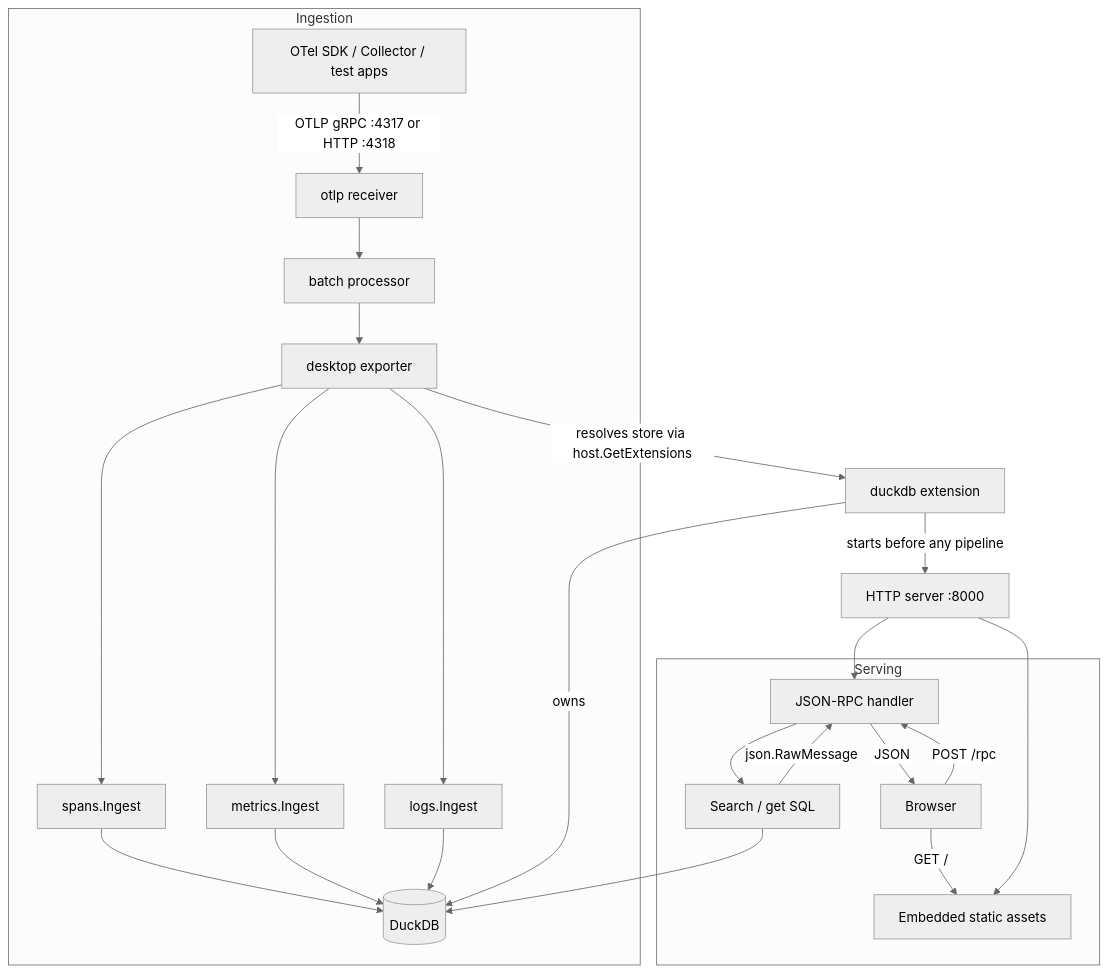
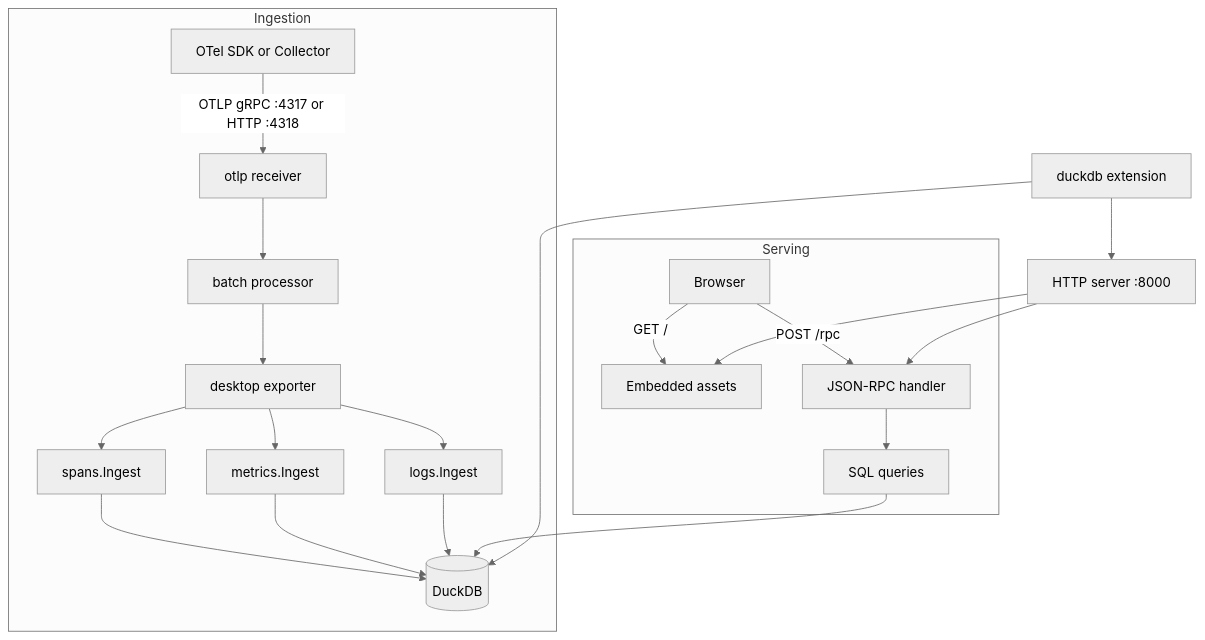
Before and after one commit to CtrlSpice/otel-desktop-viewer: the diagram in docs/ARCHITECTURE.md, drawn with Mermaid (neutral theme). The commit also changed other lines of this file and 322 other files, not shown here.

````diff
--- a/docs/ARCHITECTURE.md
+++ b/docs/ARCHITECTURE.md
@@ -9,29 +10,26 @@
 ```mermaid
 flowchart TB
   subgraph ingest [Ingestion]
-    SDK[OTel SDK / Collector / test apps] -->|OTLP gRPC :4317 or HTTP :4318| OTLP[otlp receiver]
+    SDK[OTel SDK or Collector] -->|OTLP gRPC :4317 or HTTP :4318| OTLP[otlp receiver]
     OTLP --> Batch[batch processor]
     Batch --> Desktop[desktop exporter]
     Desktop --> Spans[spans.Ingest]
     Desktop --> Metrics[metrics.Ingest]
     Desktop --> Logs[logs.Ingest]
     Spans --> DuckDB[(DuckDB)]
     Metrics --> DuckDB
     Logs --> DuckDB
   end
 
   subgraph serve [Serving]
-    Browser[Browser] -->|GET /| Static[Embedded static assets]
+    Browser[Browser] -->|GET /| Static[Embedded assets]
     Browser -->|POST /rpc| RPC[JSON-RPC handler]
-    RPC --> Query[Search / get SQL]
-    Query --> DuckDB
-    Query -->|json.RawMessage| RPC
-    RPC -->|JSON| Browser
+    RPC --> Queries[SQL queries]
+    Queries --> DuckDB
   end
 
-  DuckDBExt[duckdb extension] -->|starts before any pipeline| HTTP[HTTP server :8000]
-  DuckDBExt -->|owns| DuckDB
-  Desktop -->|resolves store via host.GetExtensions| DuckDBExt
+  DuckDBExt[duckdb extension] --> DuckDB
+  DuckDBExt --> HTTP[HTTP server :8000]
   HTTP --> Static
   HTTP --> RPC
 ```
````
